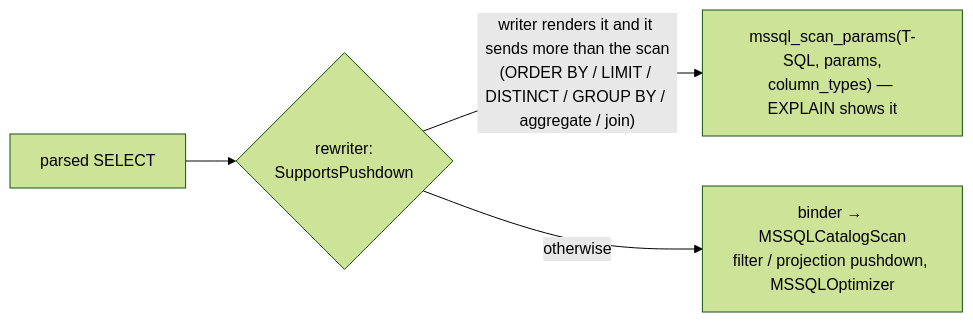
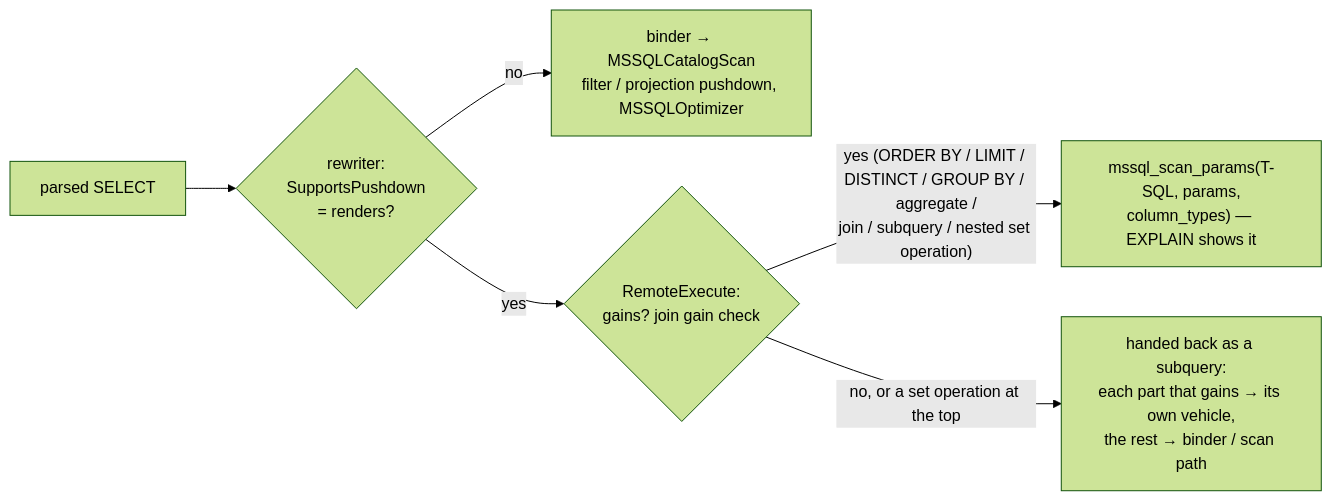
Before and after one commit to hugr-lab/mssql-extension: diagram 14 of 16 in DATAMODEL.md, drawn with Mermaid (forest theme). The commit also changed other lines of this file and 33 other files, not shown here.

First line of the commit message:
spec 079 PR E1: composition -- derived tables, subquery expressions, nested set operations, CTEs; the gain decided in RemoteExecute (#399)

````diff
--- a/DATAMODEL.md
+++ b/DATAMODEL.md
@@ -785,6 +790,8 @@
 ```mermaid
 flowchart LR
-    P[parsed SELECT] --> R{rewriter:<br/>SupportsPushdown}
-    R -- "writer renders it and it sends more than the scan<br/>(ORDER BY / LIMIT / DISTINCT / GROUP BY / aggregate / join)" --> V["mssql_scan_params(T-SQL, params,<br/>column_types) — EXPLAIN shows it"]
-    R -- otherwise --> B[binder → MSSQLCatalogScan<br/>filter / projection pushdown, MSSQLOptimizer]
+    P[parsed SELECT] --> R{rewriter:<br/>SupportsPushdown<br/>= renders?}
+    R -- no --> B[binder → MSSQLCatalogScan<br/>filter / projection pushdown, MSSQLOptimizer]
+    R -- yes --> E{RemoteExecute:<br/>gains? join gain check}
+    E -- "yes (ORDER BY / LIMIT / DISTINCT / GROUP BY / aggregate /<br/>join / subquery / nested set operation)" --> V["mssql_scan_params(T-SQL, params,<br/>column_types) — EXPLAIN shows it"]
+    E -- "no, or a set operation at the top" --> H["handed back as a subquery:<br/>each part that gains → its own vehicle,<br/>the rest → binder / scan path"]
 ```
````
